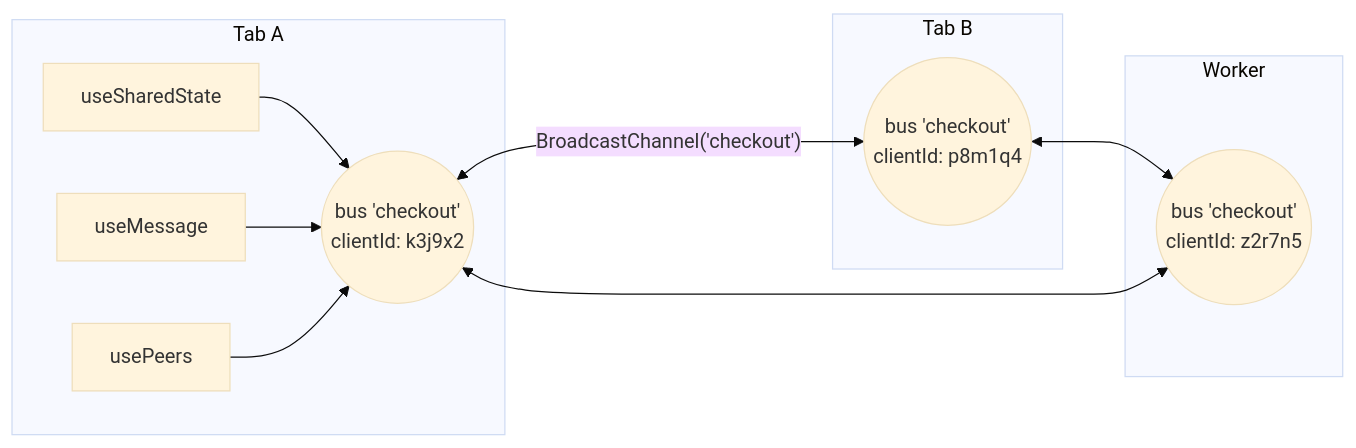
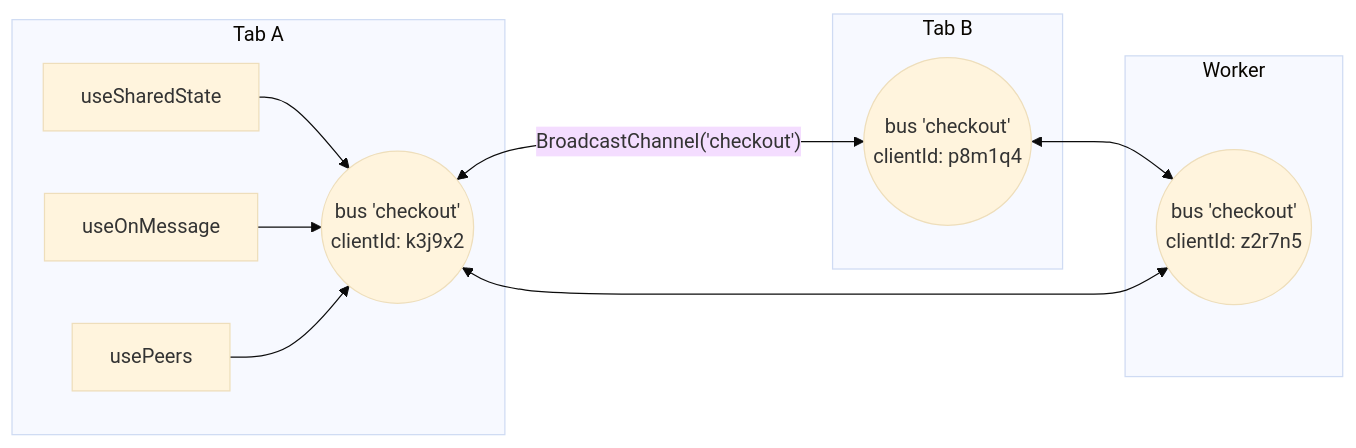
Before and after one commit to rxova/use-everywhere: the first of 2 diagrams in apps/docs/src/content/docs/learn/mental-model.md, drawn with Mermaid (base theme). The commit also changed other lines of this file and 42 other files, not shown here.

````diff
--- a/apps/docs/src/content/docs/learn/mental-model.md
+++ b/apps/docs/src/content/docs/learn/mental-model.md
@@ -68,17 +68,17 @@
 ```mermaid
 graph LR
   subgraph "Tab A"
     A1[useSharedState] --> BUSA(("bus 'checkout'<br/>clientId: k3j9x2"))
-    A2[useMessage] --> BUSA
+    A2[useOnMessage] --> BUSA
     A3[usePeers] --> BUSA
   end
   subgraph "Tab B"
     BUSB(("bus 'checkout'<br/>clientId: p8m1q4"))
   end
   subgraph "Worker"
     BUSW(("bus 'checkout'<br/>clientId: z2r7n5"))
   end
   BUSA <-->|"BroadcastChannel('checkout')"| BUSB
   BUSB <--> BUSW
   BUSA <--> BUSW
 ```
````
